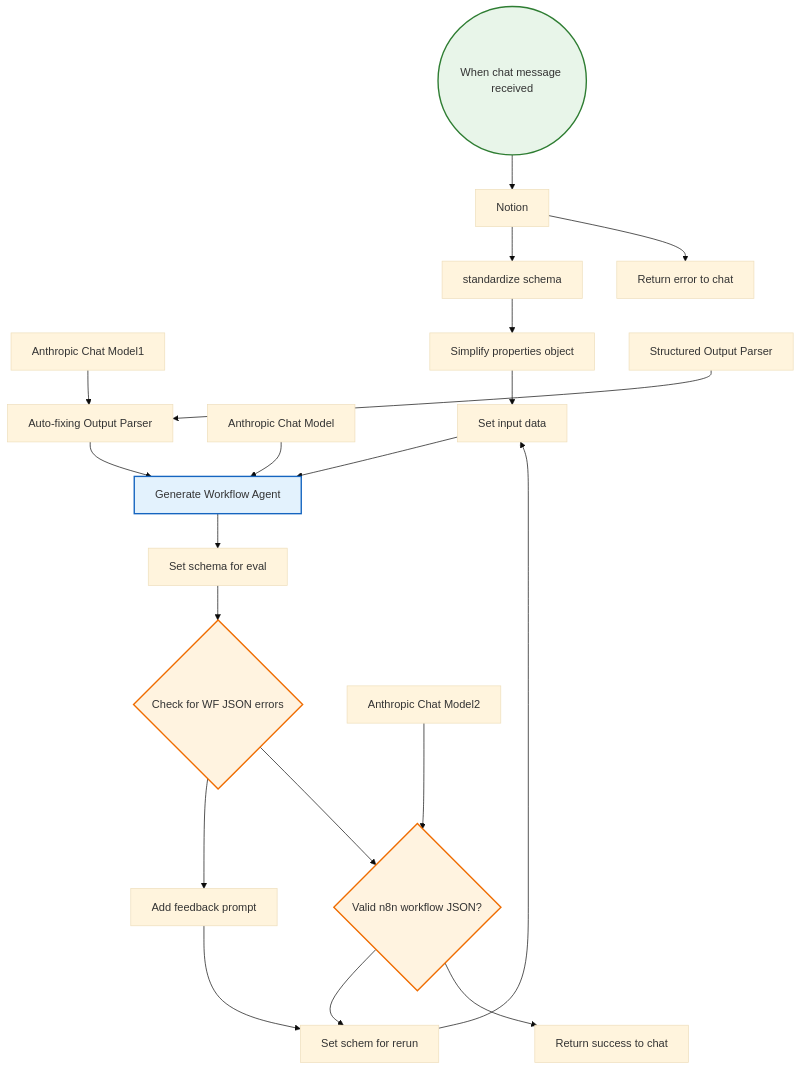
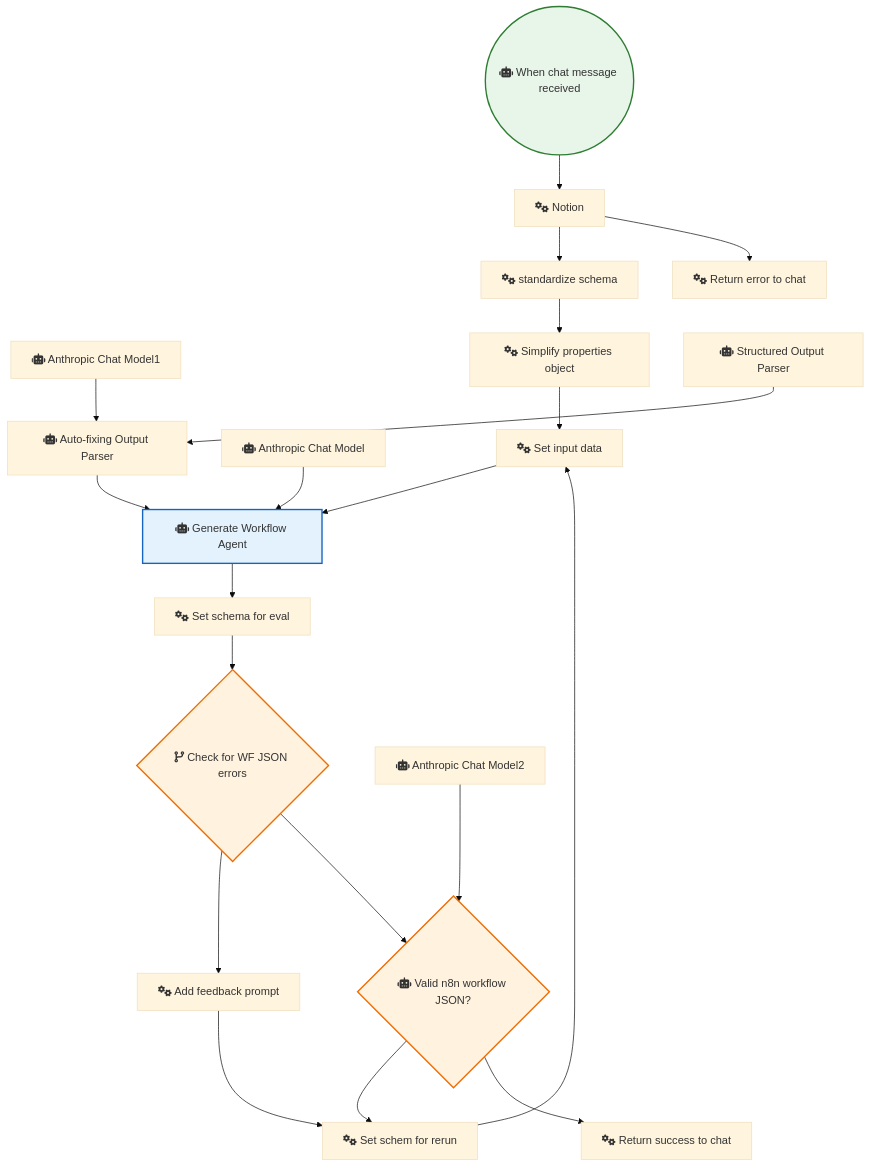
The diagram in Notion/Notion AI Assistant Generator.md (sreyash3105/N8N-DEMO-AUTOMATIONS), drawn with Mermaid (base theme) before and after one commit. The commit also changed 291 other files, not shown here.

````diff
--- a/Notion/Notion AI Assistant Generator.md
+++ b/Notion/Notion AI Assistant Generator.md
@@ -1,45 +1,45 @@
 ```mermaid
 graph TD
     classDef trigger fill:#e8f5e9,stroke:#2e7d32,stroke-width:2px;
     classDef ai fill:#e3f2fd,stroke:#1565c0,stroke-width:2px;
     classDef logic fill:#fff3e0,stroke:#ef6c00,stroke-width:2px;
 
-    Notion["Notion"]
-    Return_success_to_chat["Return success to chat"]
-    Auto_fixing_Output_Parser["Auto-fixing Output Parser"]
-    Anthropic_Chat_Model["Anthropic Chat Model"]
-    Set_schema_for_eval["Set schema for eval"]
-    Return_error_to_chat["Return error to chat"]
-    Anthropic_Chat_Model1["Anthropic Chat Model1"]
-    standardize_schema["standardize schema"]
-    Simplify_properties_object["Simplify properties object"]
-    Structured_Output_Parser["Structured Output Parser"]
-    Set_input_data["Set input data"]
-    Set_schem_for_rerun["Set schem for rerun"]
-    Add_feedback_prompt["Add feedback prompt"]
-    Check_for_WF_JSON_errors{"Check for WF JSON errors"}:::logic
-    Generate_Workflow_Agent["Generate Workflow Agent"]:::ai
-    Anthropic_Chat_Model2["Anthropic Chat Model2"]
-    When_chat_message_received(("When chat message received")):::trigger
-    Valid_n8n_workflow_JSON_{"Valid n8n workflow JSON?"}:::logic
+    Notion["fas:fa-cogs Notion"]
+    Return_success_to_chat["fas:fa-cogs Return success to chat"]
+    Auto_fixing_Output_Parser["fas:fa-robot Auto-fixing Output Parser"]
+    Anthropic_Chat_Model["fas:fa-robot Anthropic Chat Model"]
+    Set_schema_for_eval["fas:fa-cogs Set schema for eval"]
+    Return_error_to_chat["fas:fa-cogs Return error to chat"]
+    Anthropic_Chat_Model1["fas:fa-robot Anthropic Chat Model1"]
+    standardize_schema["fas:fa-cogs standardize schema"]
+    Simplify_properties_object["fas:fa-cogs Simplify properties object"]
+    Structured_Output_Parser["fas:fa-robot Structured Output Parser"]
+    Set_input_data["fas:fa-cogs Set input data"]
+    Set_schem_for_rerun["fas:fa-cogs Set schem for rerun"]
+    Add_feedback_prompt["fas:fa-cogs Add feedback prompt"]
+    Check_for_WF_JSON_errors{"fas:fa-code-branch Check for WF JSON errors"}:::logic
+    Generate_Workflow_Agent["fas:fa-robot Generate Workflow Agent"]:::ai
+    Anthropic_Chat_Model2["fas:fa-robot Anthropic Chat Model2"]
+    When_chat_message_received(("fas:fa-robot When chat message received")):::trigger
+    Valid_n8n_workflow_JSON_{"fas:fa-robot Valid n8n workflow JSON?"}:::logic
 
     Notion --> standardize_schema
     Notion --> Return_error_to_chat
     Set_input_data --> Generate_Workflow_Agent
     standardize_schema --> Simplify_properties_object
     Add_feedback_prompt --> Set_schem_for_rerun
     Set_schem_for_rerun --> Set_input_data
     Set_schema_for_eval --> Check_for_WF_JSON_errors
     Anthropic_Chat_Model --> Generate_Workflow_Agent
     Anthropic_Chat_Model1 --> Auto_fixing_Output_Parser
     Anthropic_Chat_Model2 --> Valid_n8n_workflow_JSON_
     Generate_Workflow_Agent --> Set_schema_for_eval
     Check_for_WF_JSON_errors --> Add_feedback_prompt
     Check_for_WF_JSON_errors --> Valid_n8n_workflow_JSON_
     Structured_Output_Parser --> Auto_fixing_Output_Parser
     Valid_n8n_workflow_JSON_ --> Set_schem_for_rerun
     Valid_n8n_workflow_JSON_ --> Return_success_to_chat
     Auto_fixing_Output_Parser --> Generate_Workflow_Agent
     Simplify_properties_object --> Set_input_data
     When_chat_message_received --> Notion
 ```
````
